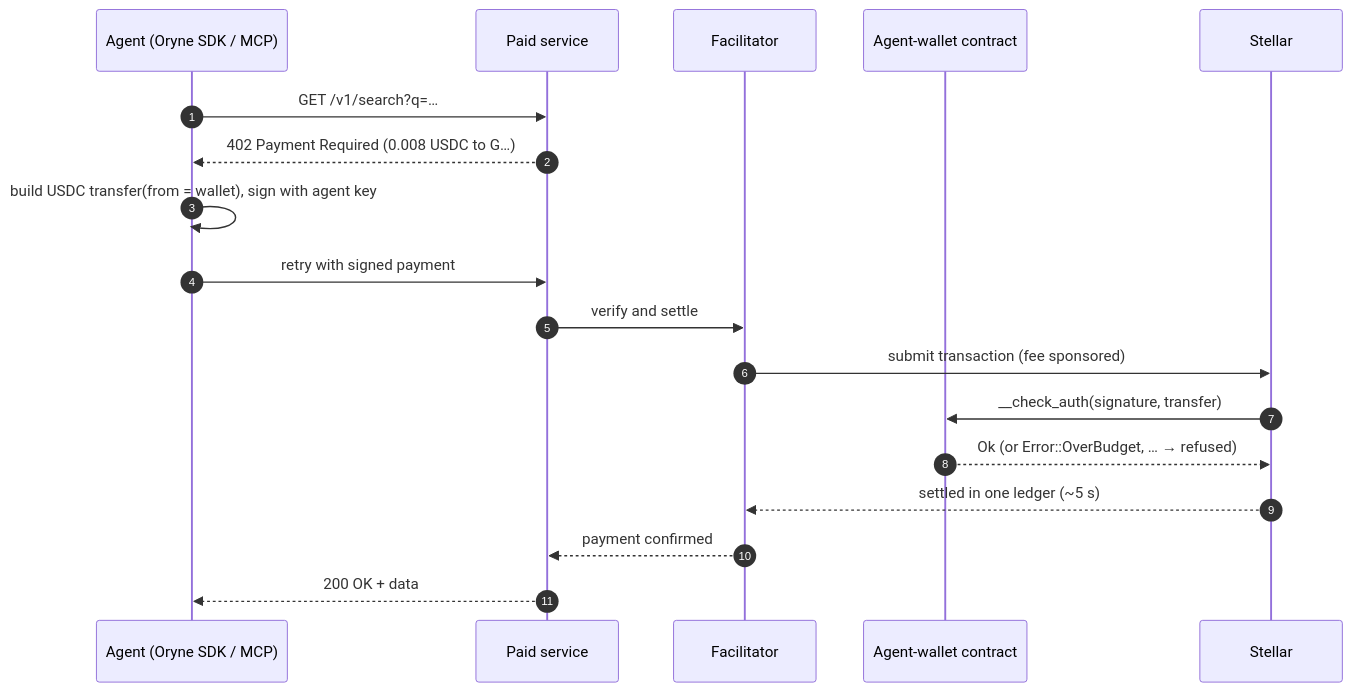
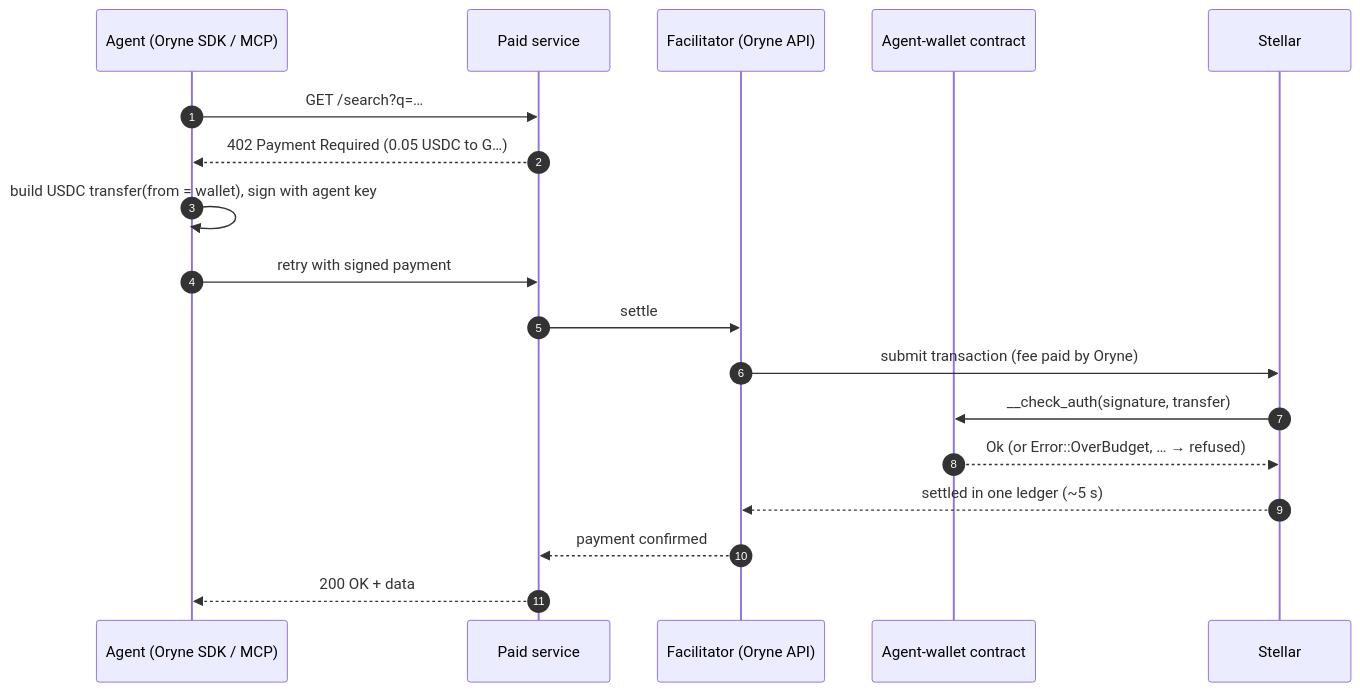
The second of 3 diagrams in README.md (m2moryne/Oryne), drawn with Mermaid before and after one commit. The commit also changed other lines of this file and 7 other files, not shown here.

````diff
--- a/README.md
+++ b/README.md
@@ -86,21 +89,21 @@
 ```mermaid
 sequenceDiagram
     autonumber
     participant A as Agent (Oryne SDK / MCP)
     participant S as Paid service
-    participant F as Facilitator
+    participant F as Facilitator (Oryne API)
     participant W as Agent-wallet contract
     participant L as Stellar
 
-    A->>S: GET /v1/search?q=…
-    S-->>A: 402 Payment Required (0.008 USDC to G…)
+    A->>S: GET /search?q=…
+    S-->>A: 402 Payment Required (0.05 USDC to G…)
     A->>A: build USDC transfer(from = wallet), sign with agent key
     A->>S: retry with signed payment
-    S->>F: verify and settle
-    F->>L: submit transaction (fee sponsored)
+    S->>F: settle
+    F->>L: submit transaction (fee paid by Oryne)
     L->>W: __check_auth(signature, transfer)
     W-->>L: Ok (or Error::OverBudget, … → refused)
     L-->>F: settled in one ledger (~5 s)
     F-->>S: payment confirmed
     S-->>A: 200 OK + data
 ```
````
